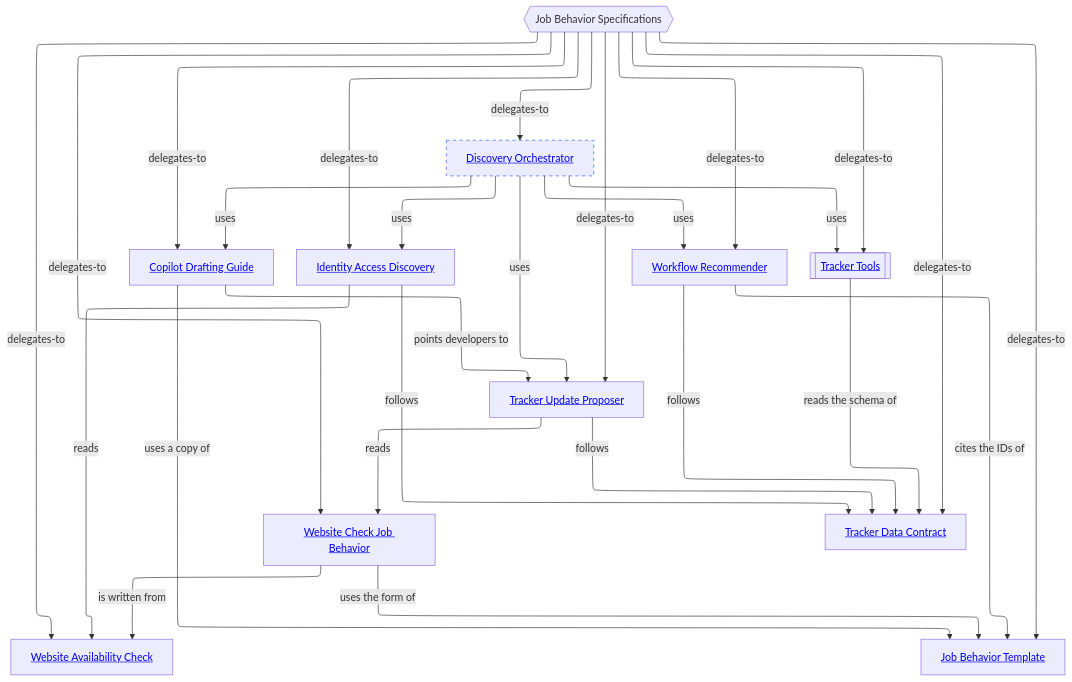
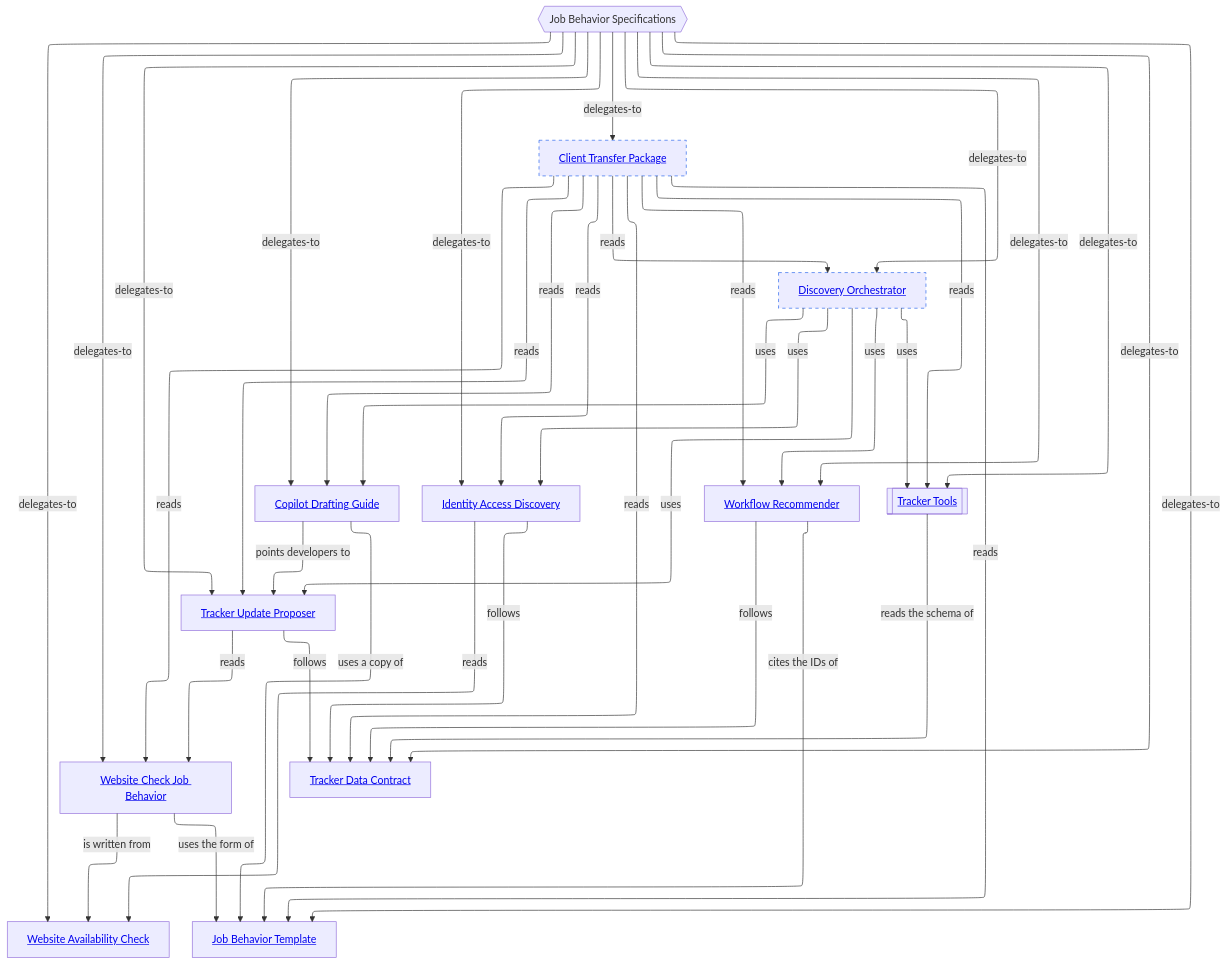
Before and after one commit to vrparthasarathy/migration-job-discovery: the second of 2 diagrams in README.md, drawn with Mermaid. The commit also changed other lines of this file and 6 other files, not shown here.

Commit message:
Plan Client Transfer Package.

````diff
--- a/README.md
+++ b/README.md
@@ -136,46 +138,57 @@
 ```mermaid
 ---
 config:
   layout: elk
 ---
 %%{init: {"securityLevel": "loose"}}%%
 flowchart TB
   root{{"Job Behavior Specifications"}}
   check["<a href='website-availability-check/README.md#diagram'>Website Availability Check</a>"]
   tmpl["<a href='job-behavior-template/README.md#diagram'>Job Behavior Template</a>"]
   ref["<a href='website-check-job-behavior/README.md#diagram'>Website Check Job Behavior</a>"]
   guide["<a href='copilot-drafting-guide/README.md#diagram'>Copilot Drafting Guide</a>"]
   contract["<a href='tracker-data-contract/README.md#diagram'>Tracker Data Contract</a>"]
   proposer["<a href='tracker-update-proposer/README.md#diagram'>Tracker Update Proposer</a>"]
   access["<a href='identity-access-discovery/README.md#diagram'>Identity Access Discovery</a>"]
   recommender["<a href='workflow-recommender/README.md#diagram'>Workflow Recommender</a>"]
   tools[["<a href='tracker-tools/README.md#diagram'>Tracker Tools</a>"]]
   orch["<a href='discovery-orchestrator/README.md#planned-diagram'>Discovery Orchestrator</a>"]:::planned
+  transfer["<a href='client-transfer-package/README.md#planned-diagram'>Client Transfer Package</a>"]:::planned
   root -->|delegates-to| check
   root -->|delegates-to| tmpl
   root -->|delegates-to| ref
   root -->|delegates-to| guide
   root -->|delegates-to| contract
   root -->|delegates-to| proposer
   root -->|delegates-to| access
   root -->|delegates-to| recommender
   root -->|delegates-to| tools
   root -->|delegates-to| orch
+  root -->|delegates-to| transfer
   ref -->|"uses the form of"| tmpl
   ref -->|"is written from"| check
   guide -->|"uses a copy of"| tmpl
   guide -->|"points developers to"| proposer
   proposer -->|"follows"| contract
   access -->|"follows"| contract
   recommender -->|"follows"| contract
   tools -->|"reads the schema of"| contract
   proposer -->|"reads"| ref
   access -->|"reads"| check
   recommender -->|"cites the IDs of"| tmpl
   orch -->|"uses"| proposer
   orch -->|"uses"| access
   orch -->|"uses"| guide
   orch -->|"uses"| recommender
   orch -->|"uses"| tools
+  transfer -->|"reads"| guide
+  transfer -->|"reads"| proposer
+  transfer -->|"reads"| access
+  transfer -->|"reads"| recommender
+  transfer -->|"reads"| orch
+  transfer -->|"reads"| contract
+  transfer -->|"reads"| tools
+  transfer -->|"reads"| tmpl
+  transfer -->|"reads"| ref
   classDef planned stroke-dasharray: 5 5,stroke:#2563eb
 ```
````
